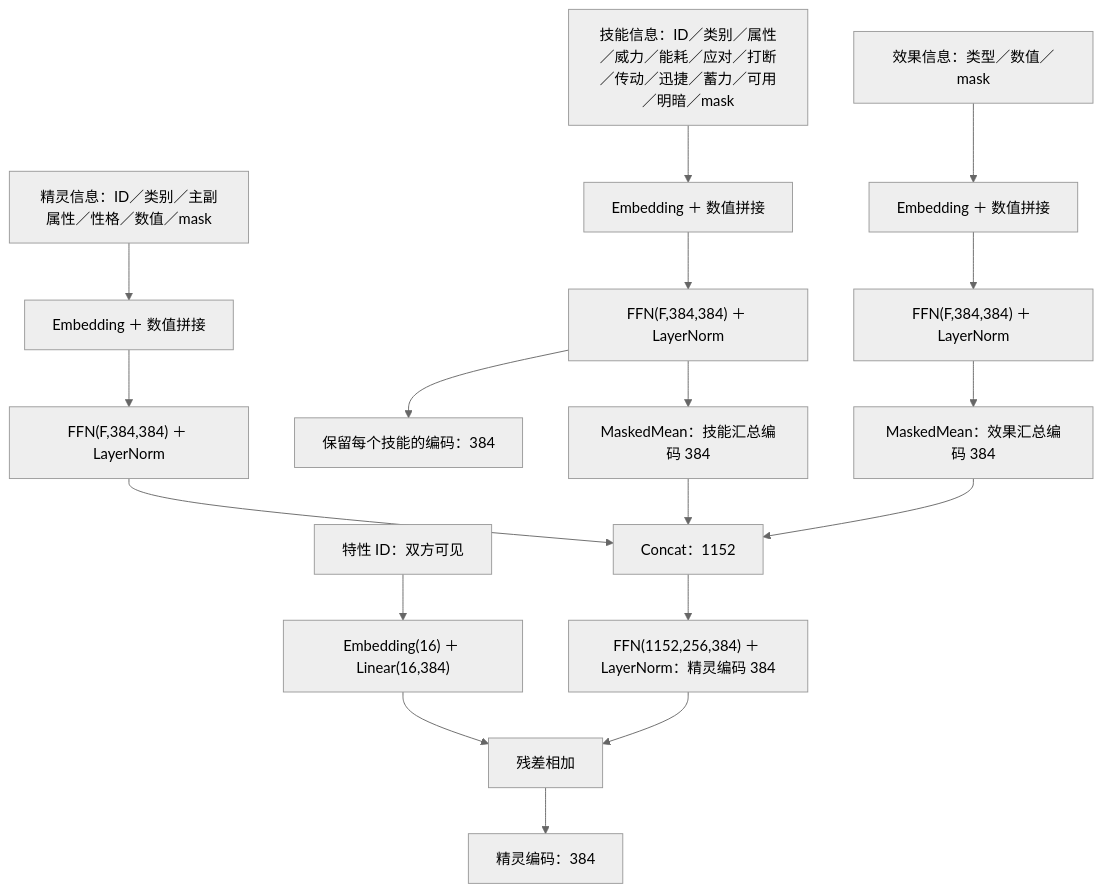
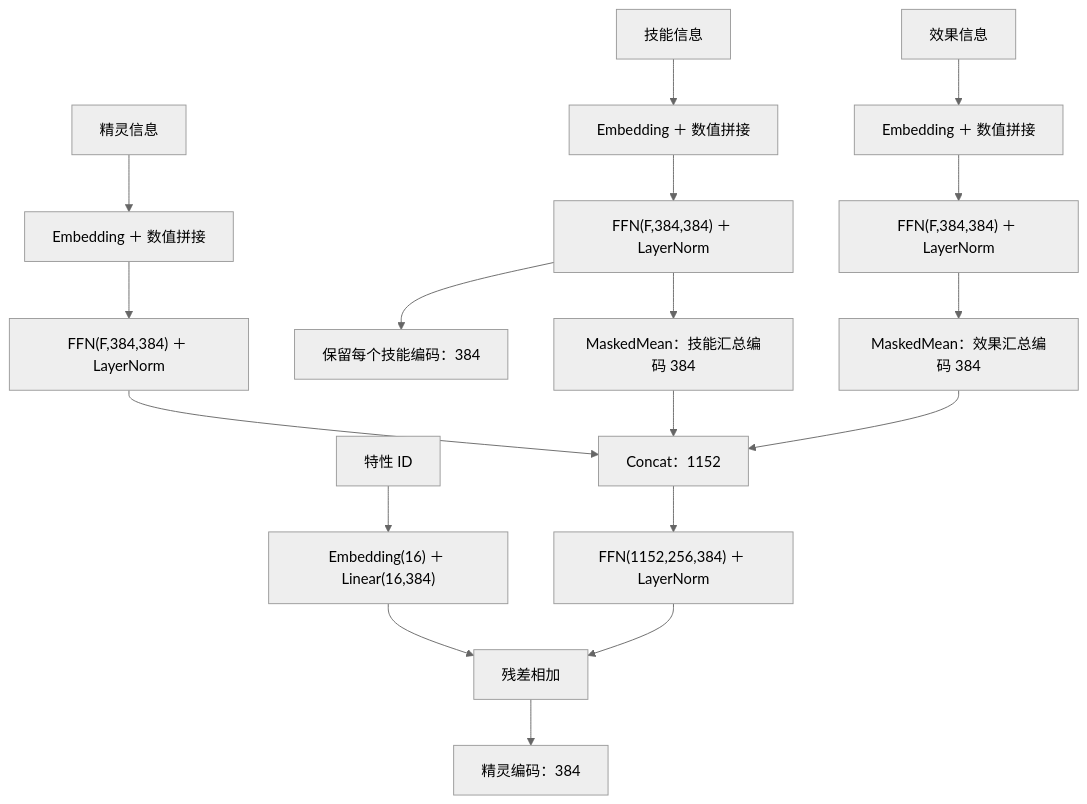
Before and after one commit to GroundbreakerLhy/Alpha-Roco: the first of 6 diagrams in MODEL_DESIGN.md, drawn with Mermaid (neutral theme). The commit also changed other lines of this file and 9 other files, not shown here.

````diff
--- a/MODEL_DESIGN.md
+++ b/MODEL_DESIGN.md
@@ -43,22 +47,22 @@
 ```mermaid
 flowchart TB
-    S0["技能信息：ID／类别／属性／威力／能耗／应对／打断／传动／迅捷／蓄力／可用／明暗／mask"] --> S1["Embedding ＋ 数值拼接"]
+    S0["技能信息"] --> S1["Embedding ＋ 数值拼接"]
     S1 --> S2["FFN(F,384,384) ＋ LayerNorm"]
     S2 --> S3["MaskedMean：技能汇总编码 384"]
-    S2 --> SK["保留每个技能的编码：384"]
+    S2 --> SK["保留每个技能编码：384"]
 
-    B0["效果信息：类型／数值／mask"] --> B1["Embedding ＋ 数值拼接"]
+    B0["效果信息"] --> B1["Embedding ＋ 数值拼接"]
     B1 --> B2["FFN(F,384,384) ＋ LayerNorm"]
     B2 --> B3["MaskedMean：效果汇总编码 384"]
 
-    P0["精灵信息：ID／类别／主副属性／性格／数值／mask"] --> P1["Embedding ＋ 数值拼接"]
+    P0["精灵信息"] --> P1["Embedding ＋ 数值拼接"]
     P1 --> P2["FFN(F,384,384) ＋ LayerNorm"]
     P2 --> C["Concat：1152"]
     S3 --> C
     B3 --> C
-    C --> P3["FFN(1152,256,384) ＋ LayerNorm：精灵编码 384"]
-    T0["特性 ID：双方可见"] --> T1["Embedding(16) ＋ Linear(16,384)"]
+    C --> P3["FFN(1152,256,384) ＋ LayerNorm"]
+    T0["特性 ID"] --> T1["Embedding(16) ＋ Linear(16,384)"]
     T1 --> R["残差相加"]
     P3 --> R
     R --> P4["精灵编码：384"]
 ```
````
